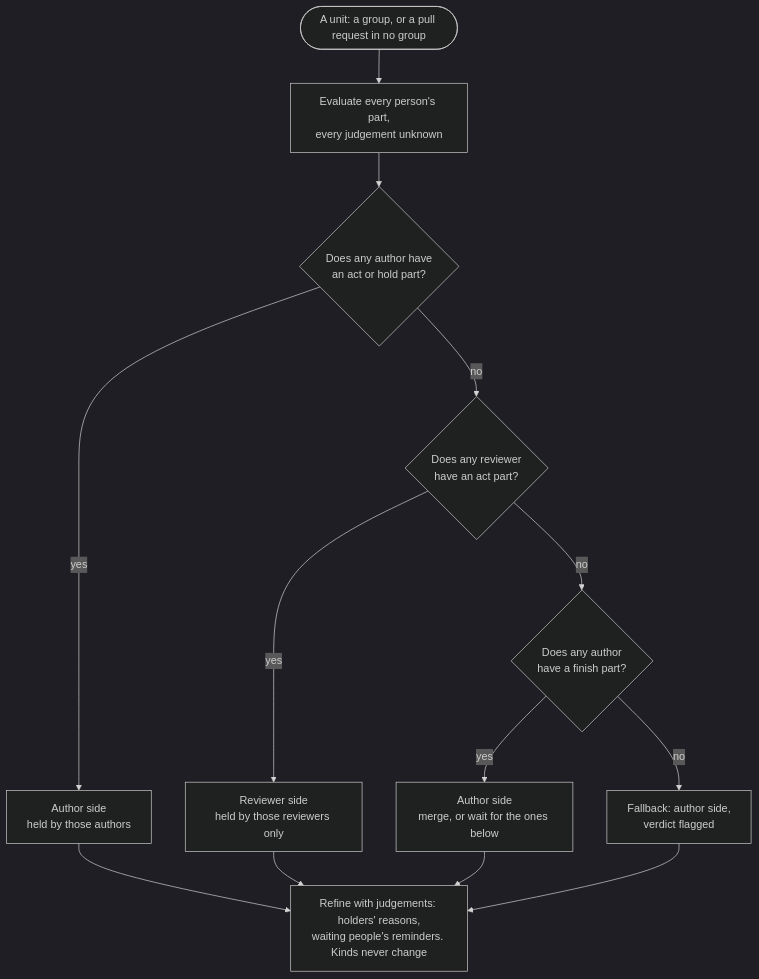
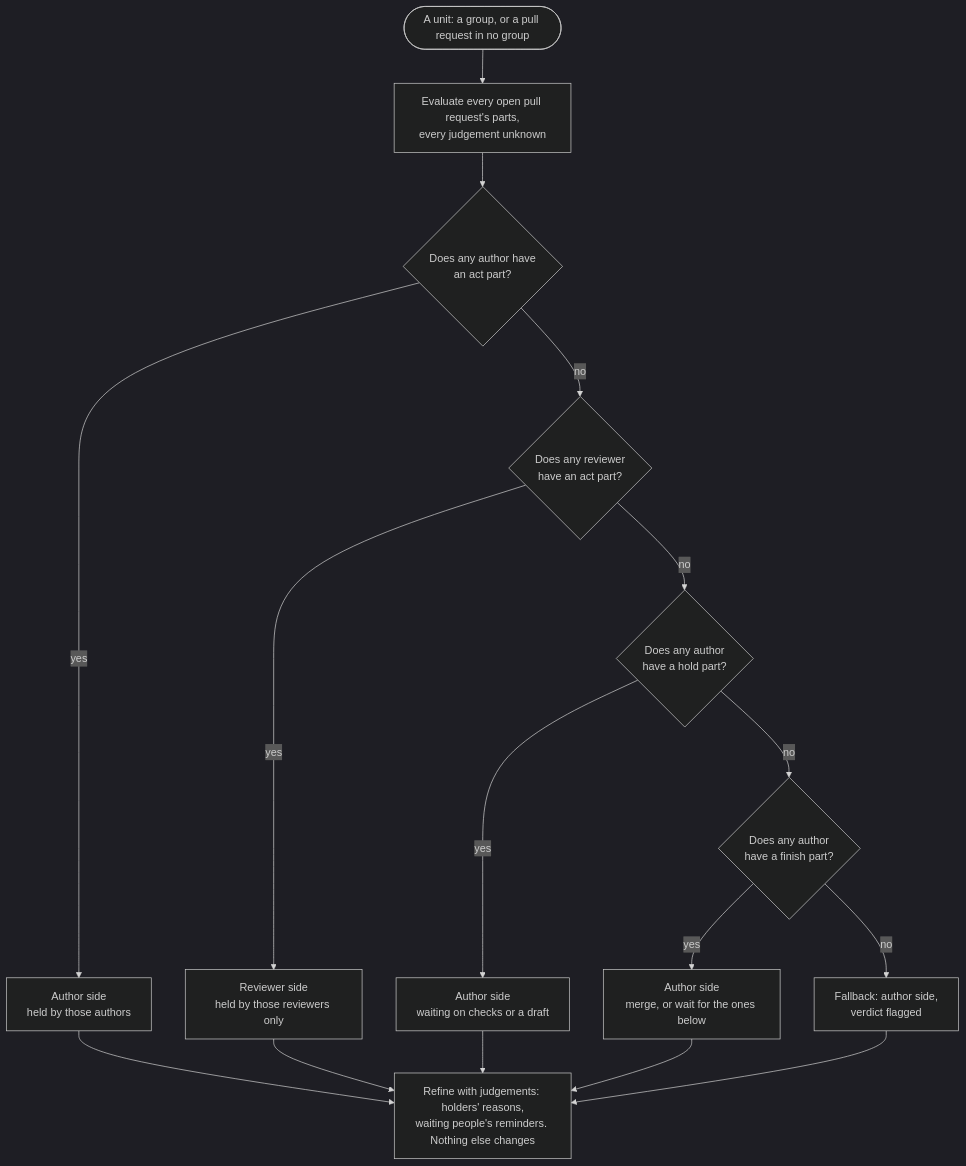
The second of 2 diagrams in docs/design/04-verdicts.md (NickWilde18/Park), drawn with Mermaid (dark theme) before and after one commit. The commit also changed other lines of this file and 11 other files, not shown here.

````diff
--- a/docs/design/04-verdicts.md
+++ b/docs/design/04-verdicts.md
@@ -68,15 +69,18 @@
 ```mermaid
 flowchart TD
-    U(["A unit: a group, or a pull request in no group"]) --> P["Evaluate every person's part,<br/>every judgement unknown"]
-    P --> Q1{"Does any author have<br/>an act or hold part?"}
+    U(["A unit: a group, or a pull request in no group"]) --> P["Evaluate every open pull request's parts,<br/>every judgement unknown"]
+    P --> Q1{"Does any author have<br/>an act part?"}
     Q1 -->|yes| AS["Author side<br/>held by those authors"]
     Q1 -->|no| Q2{"Does any reviewer<br/>have an act part?"}
     Q2 -->|yes| RS["Reviewer side<br/>held by those reviewers only"]
-    Q2 -->|no| Q3{"Does any author<br/>have a finish part?"}
-    Q3 -->|yes| MS["Author side<br/>merge, or wait for the ones below"]
-    Q3 -->|no| FB["Fallback: author side,<br/>verdict flagged"]
-    AS --> REF["Refine with judgements: holders' reasons,<br/>waiting people's reminders. Kinds never change"]
+    Q2 -->|no| Q3{"Does any author<br/>have a hold part?"}
+    Q3 -->|yes| HS["Author side<br/>waiting on checks or a draft"]
+    Q3 -->|no| Q4{"Does any author<br/>have a finish part?"}
+    Q4 -->|yes| MS["Author side<br/>merge, or wait for the ones below"]
+    Q4 -->|no| FB["Fallback: author side,<br/>verdict flagged"]
+    AS --> REF["Refine with judgements: holders' reasons,<br/>waiting people's reminders. Nothing else changes"]
     RS --> REF
+    HS --> REF
     MS --> REF
     FB --> REF
 ```
````
